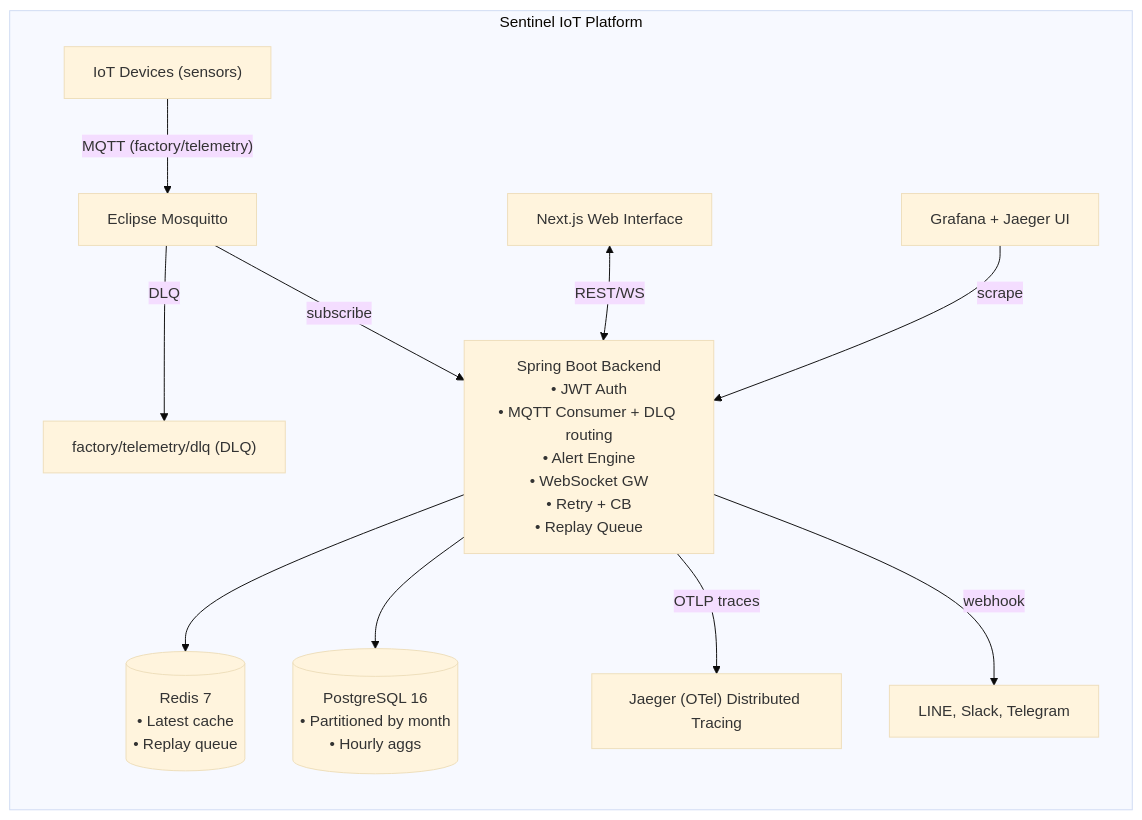
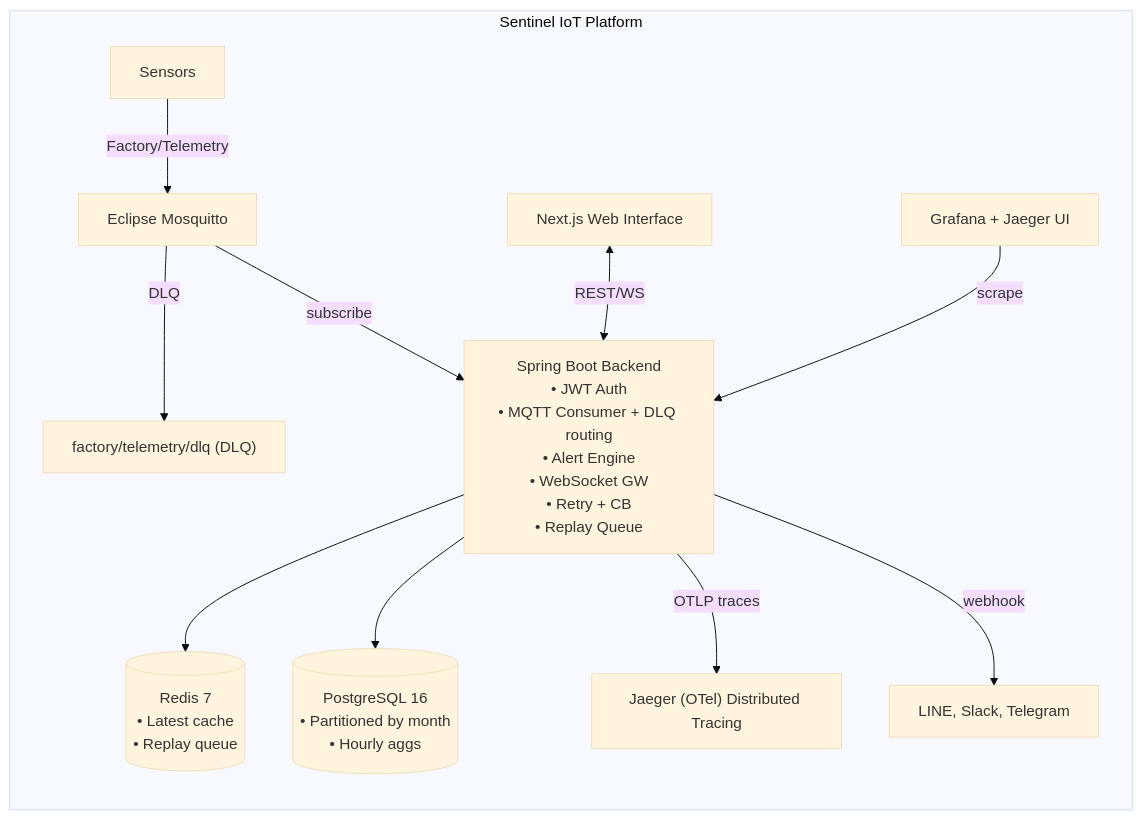
One commit to thitipongroo/sentinel-iot-platform changed the second of 4 diagrams in README.md. Above: the diagram before and after it, drawn with Mermaid (base theme). The commit also changed other lines of this file, not shown here.

Commit message:
update: readme

````diff
--- a/README.md
+++ b/README.md
@@ -64,32 +64,32 @@
 ```mermaid
 flowchart TB
     subgraph "Sentinel IoT Platform"
         direction TB
         
-        Devices["IoT Devices (sensors)"]
+        Devices["Sensors"]
         Broker["Eclipse Mosquitto"]
         DLQ["factory/telemetry/dlq (DLQ)"]
         
         SpringBoot["Spring Boot Backend<br/>• JWT Auth<br/>• MQTT Consumer + DLQ routing<br/>• Alert Engine<br/>• WebSocket GW<br/>• Retry + CB<br/>• Replay Queue"]
         
         Redis[("Redis 7<br/>• Latest cache<br/>• Replay queue")]
         PostgreSQL[("PostgreSQL 16<br/>• Partitioned by month<br/>• Hourly aggs")]
         
         UI["Next.js Web Interface"]
         GrafanaUI["Grafana + Jaeger UI"]
         Notify["LINE, Slack, Telegram"]
         Jaeger["Jaeger (OTel) Distributed Tracing"]
 
-        Devices -- "MQTT (factory/telemetry)" --> Broker
+        Devices -- "Factory/Telemetry" --> Broker
         Broker -- "DLQ" --> DLQ
         Broker -- "subscribe" --> SpringBoot
         
         SpringBoot --> Redis
         SpringBoot --> PostgreSQL
         
         UI <--"REST/WS"--> SpringBoot
         GrafanaUI --"scrape"--> SpringBoot
         SpringBoot --"OTLP traces"--> Jaeger
         SpringBoot --"webhook"--> Notify
     end
 ```
````
